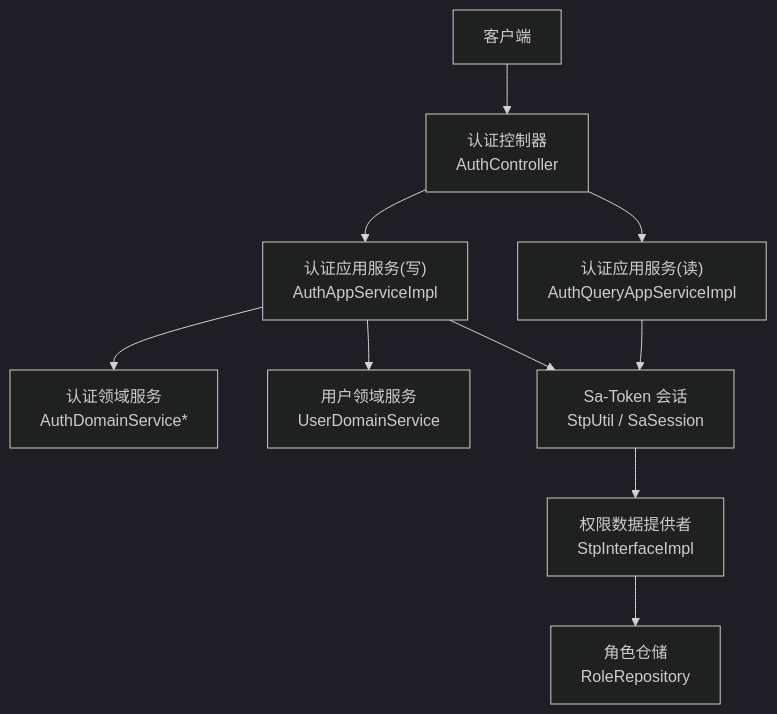
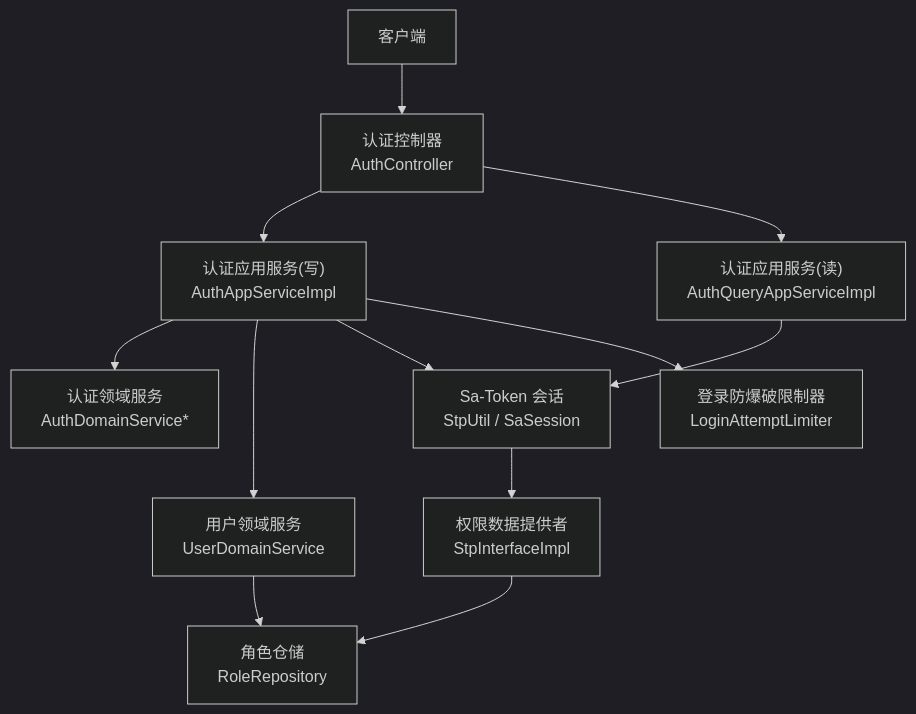
Before and after one commit to sunnaoxixi/spring-ddd-template: the first of 6 diagrams in .qoder/repowiki/zh/content/核心业务模块/认证授权模块.md, drawn with Mermaid (dark theme). The commit also changed other lines of this file and 91 other files, not shown here.

````diff
--- a/.qoder/repowiki/zh/content/核心业务模块/认证授权模块.md
+++ b/.qoder/repowiki/zh/content/核心业务模块/认证授权模块.md
@@ -45,12 +58,14 @@
 ```mermaid
 graph TB
 Client["客户端"] --> Controller["认证控制器<br/>AuthController"]
 Controller --> AppWrite["认证应用服务(写)<br/>AuthAppServiceImpl"]
 Controller --> AppRead["认证应用服务(读)<br/>AuthQueryAppServiceImpl"]
 AppWrite --> DomainAuth["认证领域服务<br/>AuthDomainService*"]
 AppWrite --> UserDomain["用户领域服务<br/>UserDomainService"]
 AppWrite --> SaToken["Sa-Token 会话<br/>StpUtil / SaSession"]
+AppWrite --> Limiter["登录防爆破限制器<br/>LoginAttemptLimiter"]
 AppRead --> SaToken
 SaToken --> InfraPerm["权限数据提供者<br/>StpInterfaceImpl"]
 InfraPerm --> RoleRepo["角色仓储<br/>RoleRepository"]
+UserDomain --> RoleRepo
 ```
````
